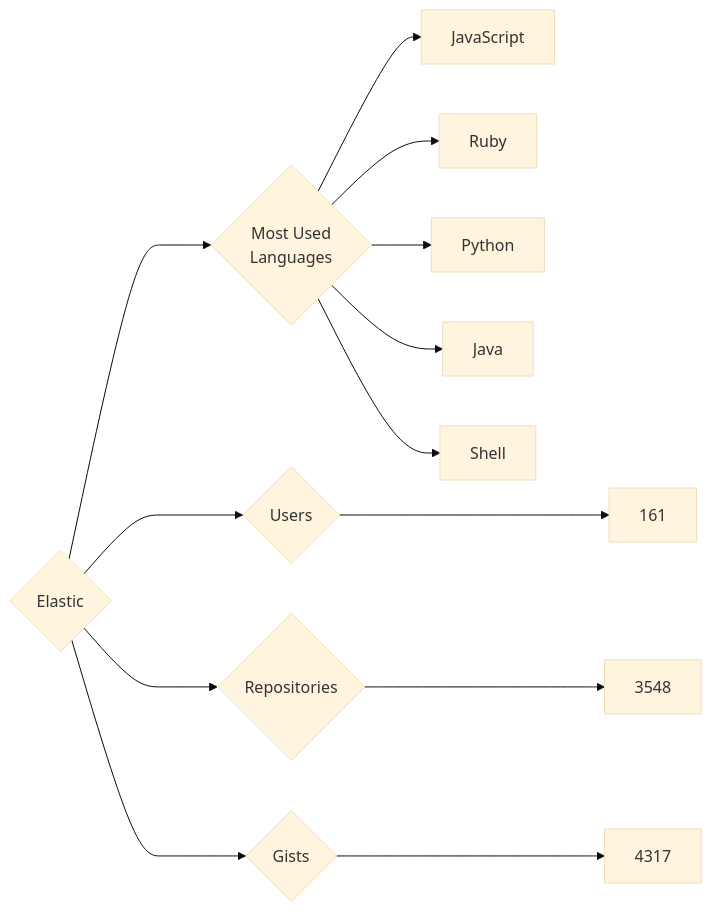
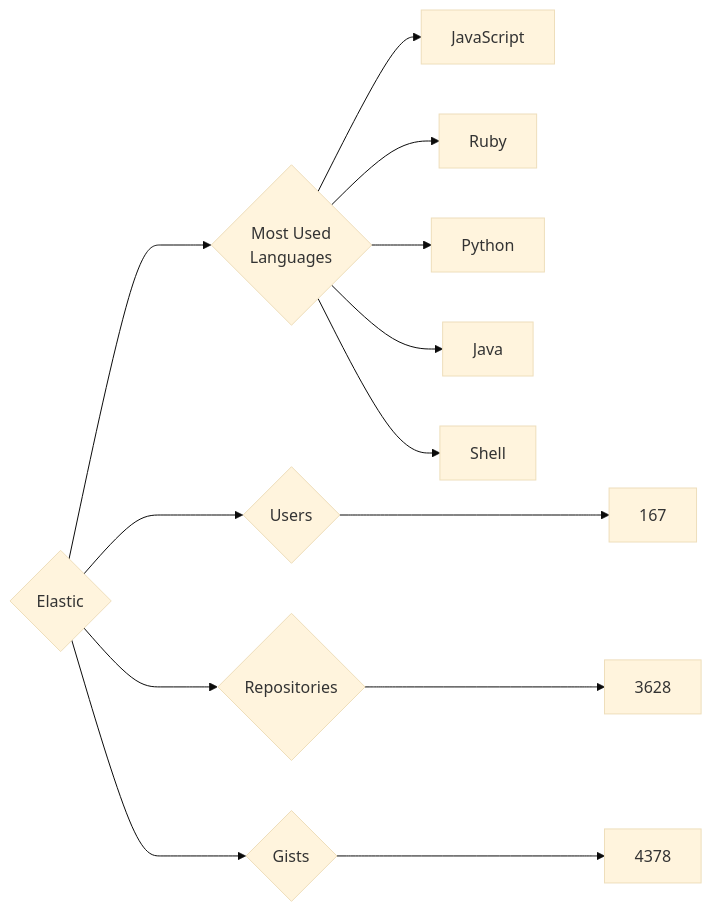
Before and after one commit to trickest/insiders: the diagram in targets/Elastic/README.md, drawn with Mermaid (base theme). The commit also changed 845 other files, not shown here.

````diff
--- a/targets/Elastic/README.md
+++ b/targets/Elastic/README.md
@@ -3,13 +3,13 @@
 ```mermaid
 graph LR
 COMPANY_NAME{Elastic}
-COMPANY_NAME ---> U{Users} ---> UN[161]
-COMPANY_NAME ---> R{Repositories} ---> RN[3548]
-COMPANY_NAME ---> G{Gists} ---> GN[4317]
+COMPANY_NAME ---> U{Users} ---> UN[167]
+COMPANY_NAME ---> R{Repositories} ---> RN[3628]
+COMPANY_NAME ---> G{Gists} ---> GN[4378]
 COMPANY_NAME ---> ML{Most Used<br>Languages}
 ML --> JavaScript[JavaScript]
 ML --> Ruby[Ruby]
 ML --> Python[Python]
 ML --> Java[Java]
 ML --> Shell[Shell]
 ```
````
